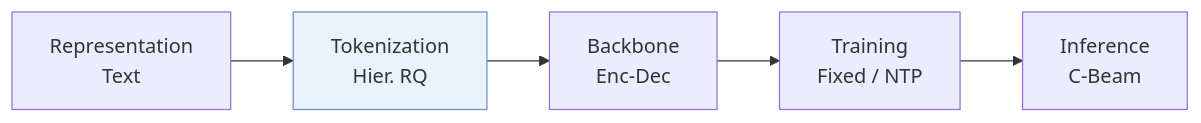
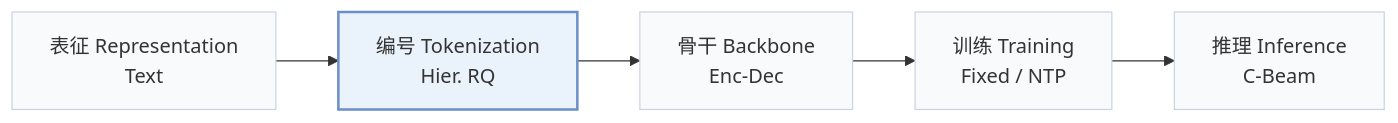
Before and after one commit to Galaxy-ghost/Awesome-SID-Generative-Rec: the first of 3 diagrams in pages/zh/papers/hid-vae.md, drawn with Mermaid. The commit also changed other lines of this file and 649 other files, not shown here.

Commit message:
writer-05: also tags and modality index (schema, check, build, visuals); summary field removed; calibration data for 12 papers

````diff
--- a/pages/zh/papers/hid-vae.md
+++ b/pages/zh/papers/hid-vae.md
@@ -13,6 +15,8 @@
 ```mermaid
 flowchart LR
-    R["Representation<br/>Text"] --> T["Tokenization<br/>Hier. RQ"] --> B["Backbone<br/>Enc-Dec"] --> TR["Training<br/>Fixed / NTP"] --> I["Inference<br/>C-Beam"]
-    classDef main fill:#eaf2fb,stroke:#6b8fc7
+    R["表征 Representation<br/>Text"] --> T["编号 Tokenization<br/>Hier. RQ"] --> B["骨干 Backbone<br/>Enc-Dec"] --> TR["训练 Training<br/>Fixed / NTP"] --> I["推理 Inference<br/>C-Beam"]
+    classDef base fill:#f8fafc,stroke:#cbd5e1
+    class R,T,B,TR,I base
+    classDef main fill:#eaf2fb,stroke:#6b8fc7,stroke-width:2px
     class T main
 ```
````
